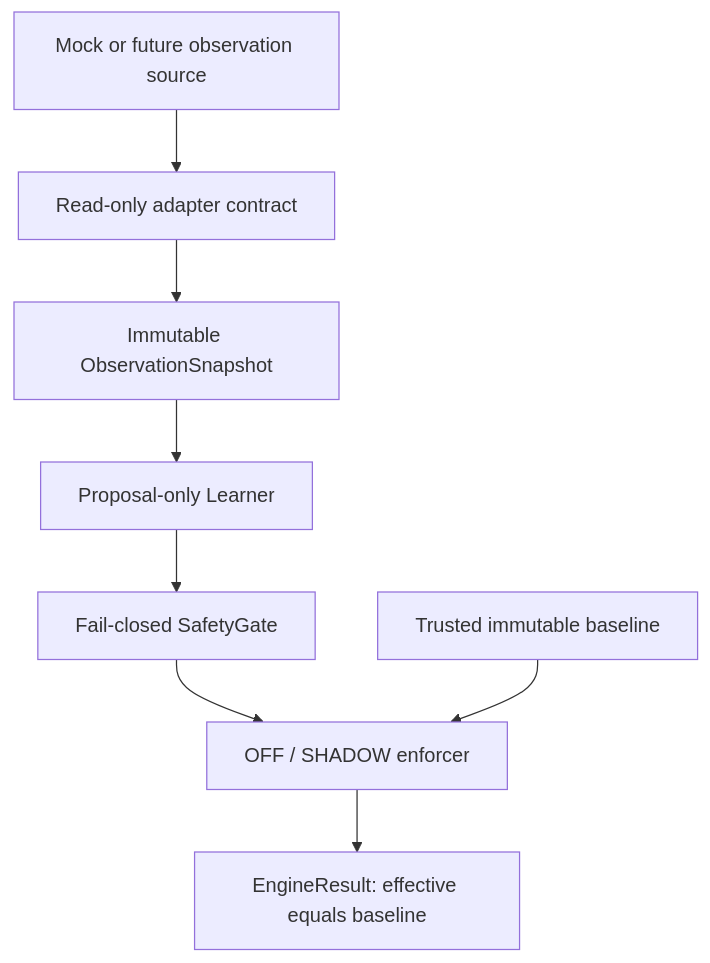
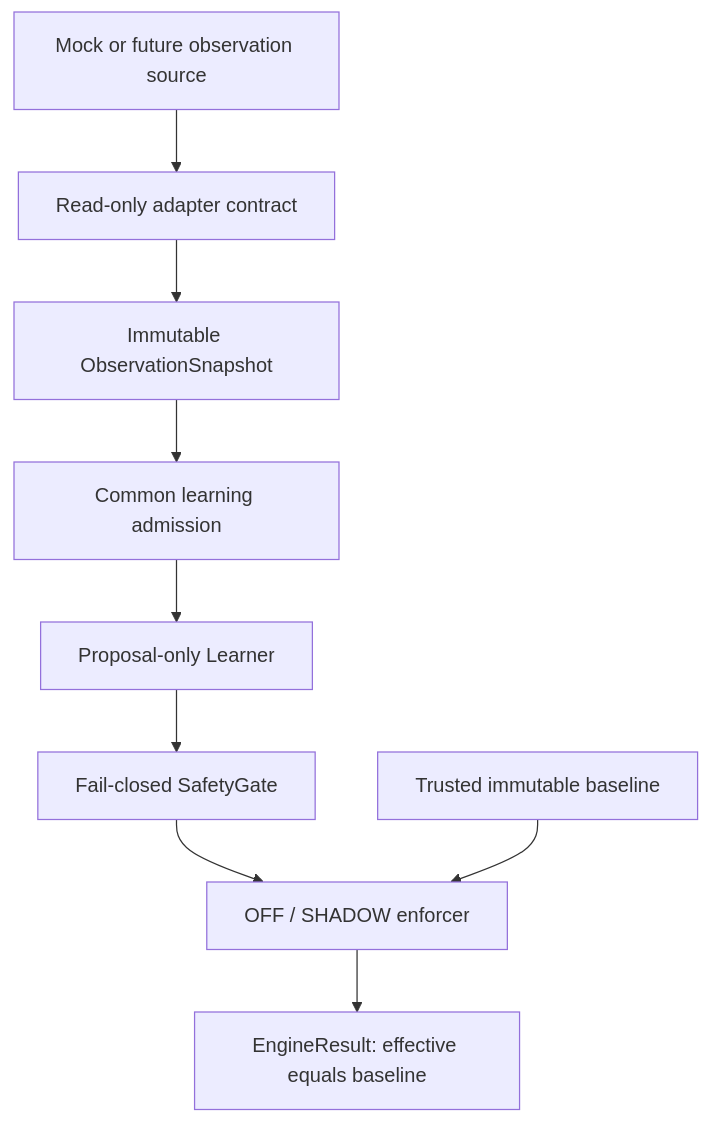
Before and after one commit to rownlvh8875-coder/cyberpilot-autotune: the diagram in docs/architecture.md, drawn with Mermaid. The commit also changed other lines of this file and 9 other files, not shown here.

Commit message:
docs: specify admission invariants reset domains and replay-first roadmap

````diff
--- a/docs/architecture.md
+++ b/docs/architecture.md
@@ -7,10 +8,11 @@
 ```mermaid
 flowchart TD
   Source[Mock or future observation source] --> Adapter[Read-only adapter contract]
   Adapter --> Snapshot[Immutable ObservationSnapshot]
-  Snapshot --> Learner[Proposal-only Learner]
+  Snapshot --> Admission[Common learning admission]
+  Admission --> Learner[Proposal-only Learner]
   Learner --> Gate[Fail-closed SafetyGate]
   Gate --> Engine[OFF / SHADOW enforcer]
   Baseline[Trusted immutable baseline] --> Engine
   Engine --> Result[EngineResult: effective equals baseline]
 ```
````
